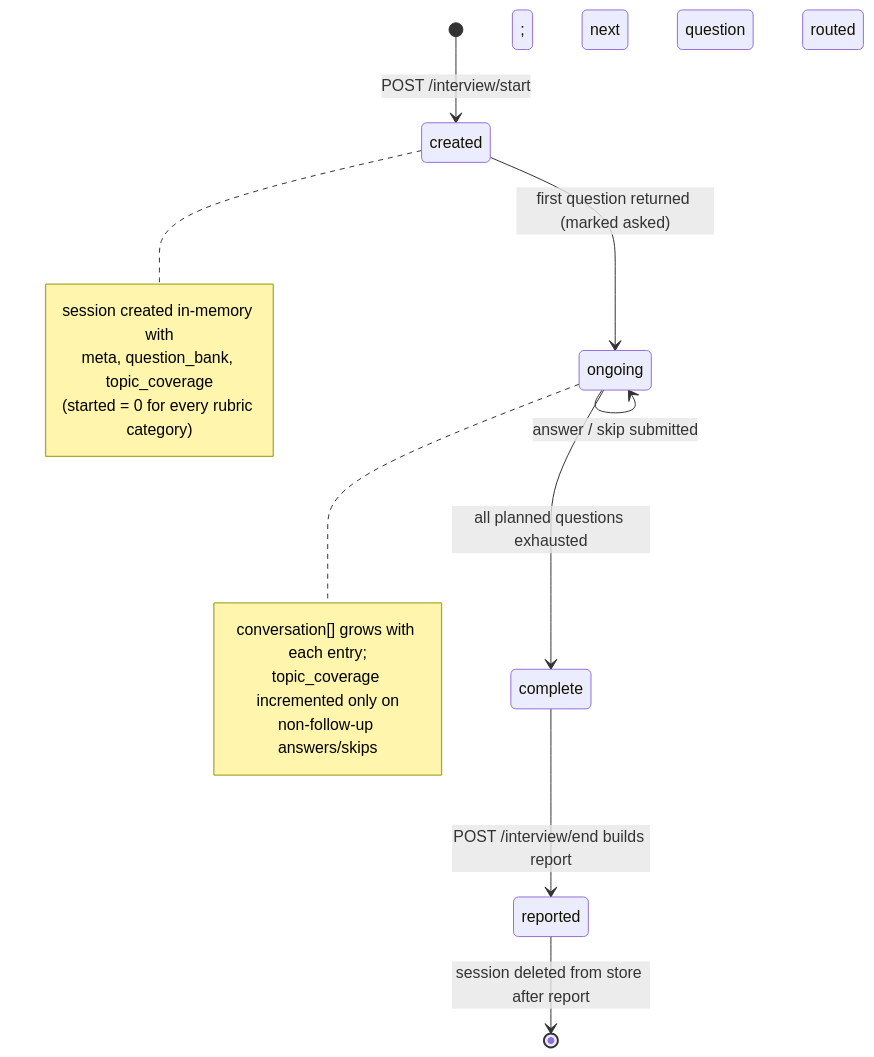
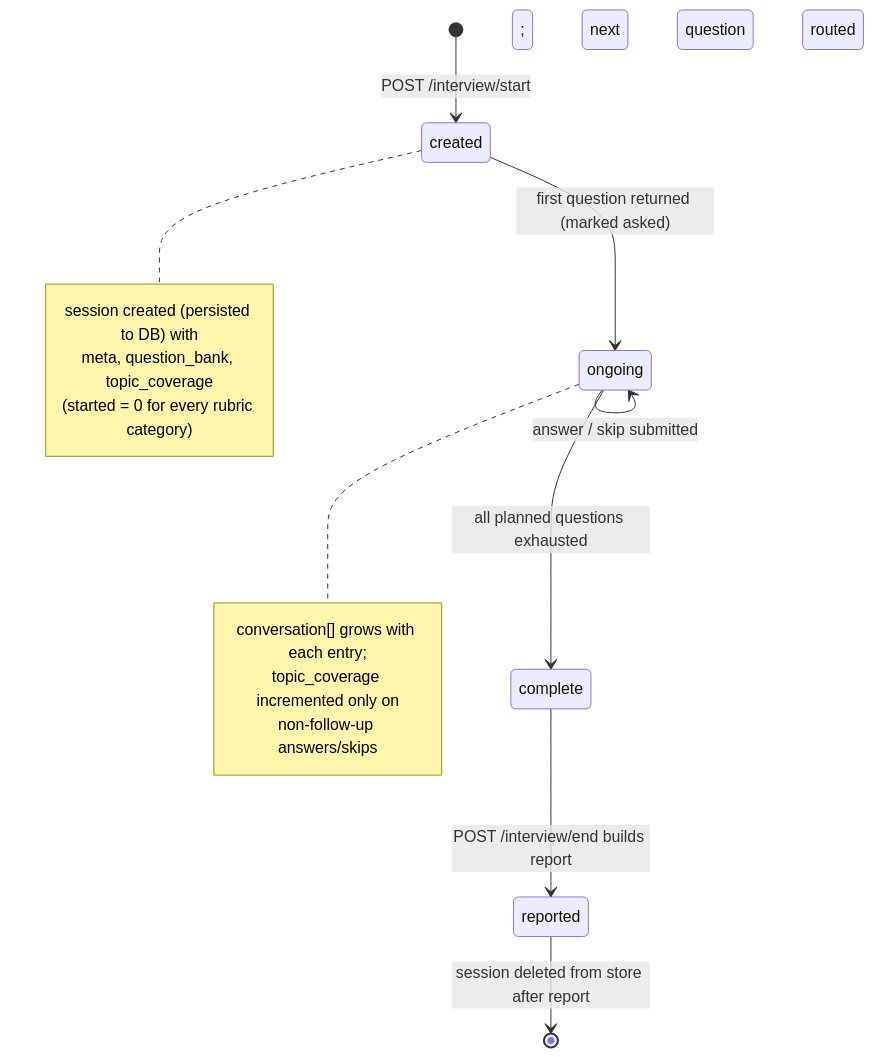
One commit to RishabhPR77/ai-interview changed the sixth of 7 diagrams in README.md. Above: the diagram before and after it, drawn with Mermaid. The commit also changed other lines of this file and 48 other files, not shown here.

````diff
--- a/README.md
+++ b/README.md
@@ -200,21 +200,21 @@
 ```mermaid
 stateDiagram-v2
     [*] --> created: POST /interview/start
     created --> ongoing: first question returned (marked asked)
     ongoing --> ongoing: answer / skip submitted; next question routed
     ongoing --> complete: all planned questions exhausted
     complete --> reported: POST /interview/end builds report
     reported --> [*]: session deleted from store after report
 
     note right of created
-        session created in-memory with
+        session created (persisted to DB) with
         meta, question_bank, topic_coverage
         (started = 0 for every rubric category)
     end note
 
     note right of ongoing
         conversation[] grows with each entry;
         topic_coverage incremented only on
         non-follow-up answers/skips
     end note
 ```
````
